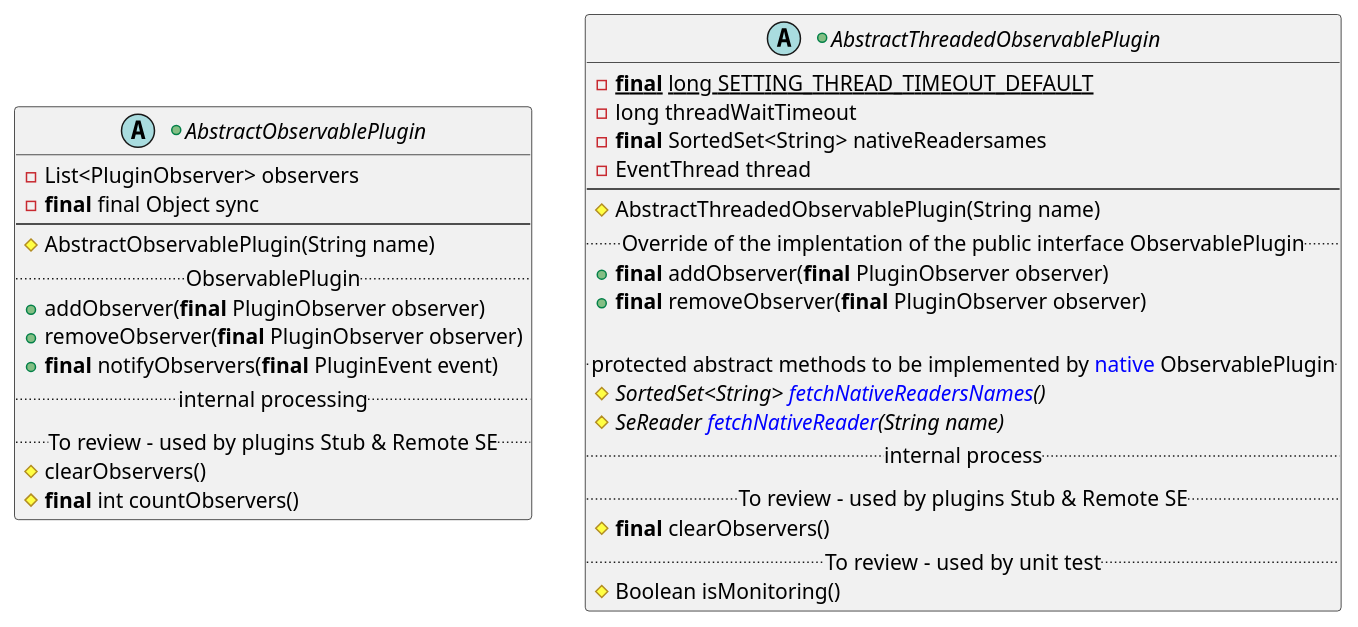
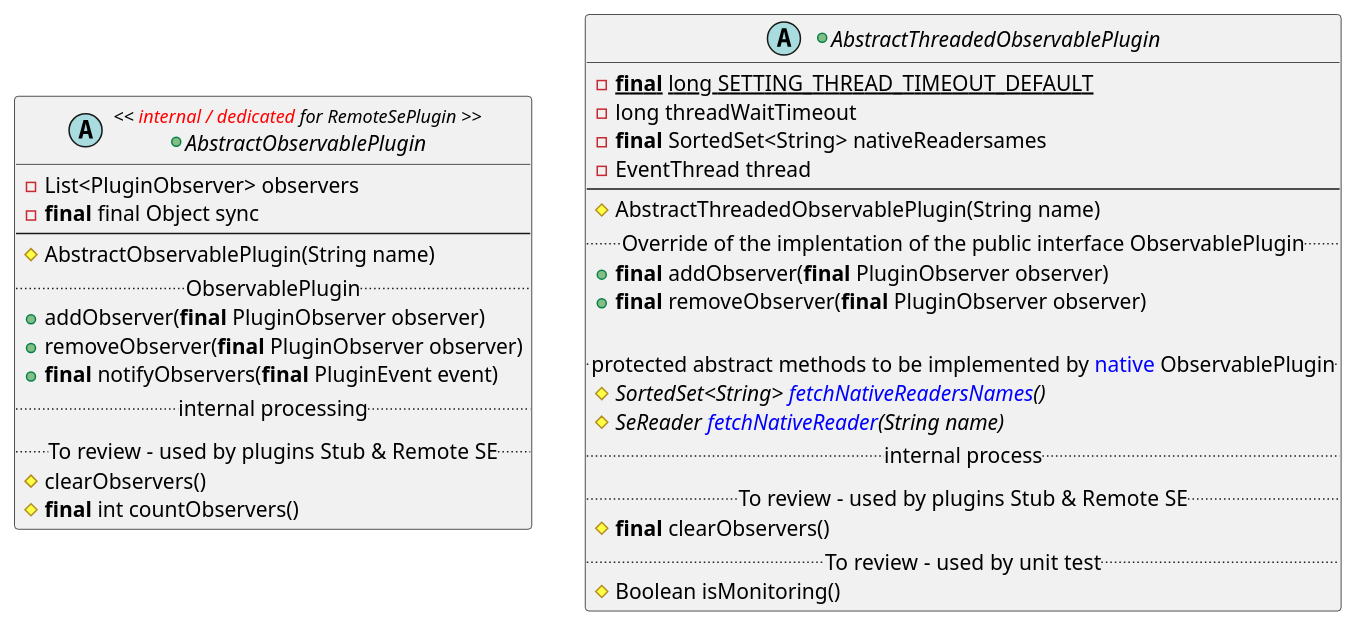
Before and after one commit to calypsonet/keyple: diagram 23 of 29 in src/KeypleCoreApi/PluginApi/puml/KeypleCore-PluginApi-ClassDiag-SE_Proxy-ClassElements.iuml, drawn with PlantUML. The commit also changed 1 other file, not shown here.

Commit message:
internal plugin API visibility access fixes

```diff
--- a/src/KeypleCoreApi/PluginApi/puml/KeypleCore-PluginApi-ClassDiag-SE_Proxy-ClassElements.iuml
+++ b/src/KeypleCoreApi/PluginApi/puml/KeypleCore-PluginApi-ClassDiag-SE_Proxy-ClassElements.iuml
@@ -411,41 +411,41 @@
 @startuml(id=PLUGIN_OBSERVALEPLUGIN_0_9)
-+abstract AbstractObservablePlugin {
++abstract AbstractObservablePlugin << <color:red>internal / dedicated</color> for RemoteSePlugin >>{
   -List<PluginObserver> observers
   -<b>final</b> final Object sync
   --
   #AbstractObservablePlugin(String name)
 '
   .. ObservablePlugin ..
   +addObserver(<b>final</b> PluginObserver observer)
   +removeObserver(<b>final</b> PluginObserver observer)
   +<b>final</b> notifyObservers(<b>final</b> PluginEvent event)
 '
   .. internal processing ..
   .. To review - used by plugins Stub & Remote SE ..
   #clearObservers()
   #<b>final</b> int countObservers()
 }
 
 +abstract AbstractThreadedObservablePlugin {
   -{static}<b>final</b> long SETTING_THREAD_TIMEOUT_DEFAULT
   -long threadWaitTimeout
   -<b>final</b> SortedSet<String> nativeReadersames
   -EventThread thread
   --
   #AbstractThreadedObservablePlugin(String name)
 '
   .. Override of the implentation of the public interface ObservablePlugin ..
   +<b>final</b> addObserver(<b>final</b> PluginObserver observer)
   +<b>final</b> removeObserver(<b>final</b> PluginObserver observer)
 
   .. protected abstract methods to be implemented by <color:blue>native</color> ObservablePlugin ..
   #{abstract} SortedSet<String> <color:blue>fetchNativeReadersNames</color>()
   #{abstract} SeReader <color:blue>fetchNativeReader</color>(String name)
 '
   .. internal process ..
   .. To review - used by plugins Stub & Remote SE ..
   #<b>final</b> clearObservers()
   .. To review - used by unit test ..
   #Boolean isMonitoring()
 }
 @enduml
```
